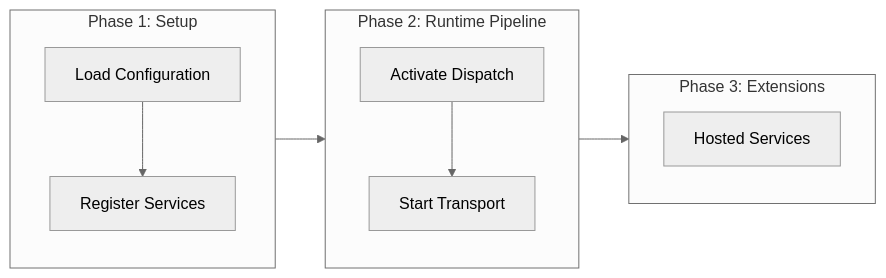
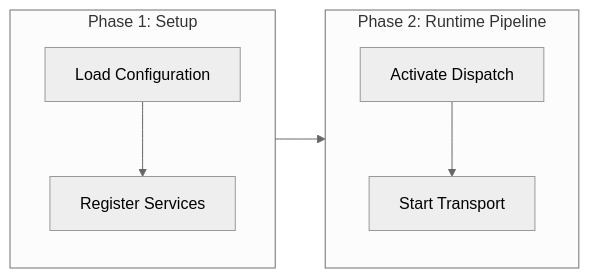
Before and after one commit to ppn-systems/Nalix: the diagram in docs/guides/getting-started/server-blueprint.md, drawn with Mermaid (neutral theme). The commit also changed other lines of this file and 57 other files, not shown here.

````diff
--- a/docs/guides/getting-started/server-blueprint.md
+++ b/docs/guides/getting-started/server-blueprint.md
@@ -16,24 +16,18 @@
 ```mermaid
 flowchart LR
     subgraph Setup ["Phase 1: Setup"]
         direction TB
         Config["Load Configuration"]
         Reg["Register Services"]
     end
 
     subgraph Pipeline ["Phase 2: Runtime Pipeline"]
         direction TB
         Disp["Activate Dispatch"]
         Trans["Start Transport"]
     end
 
-    subgraph Ext ["Phase 3: Extensions"]
-        direction TB
-        Boot["Hosted Services"]
-    end
-
     Config --> Reg
     Reg --> Disp
     Disp --> Trans
-    Trans --> Boot
 ```
````
